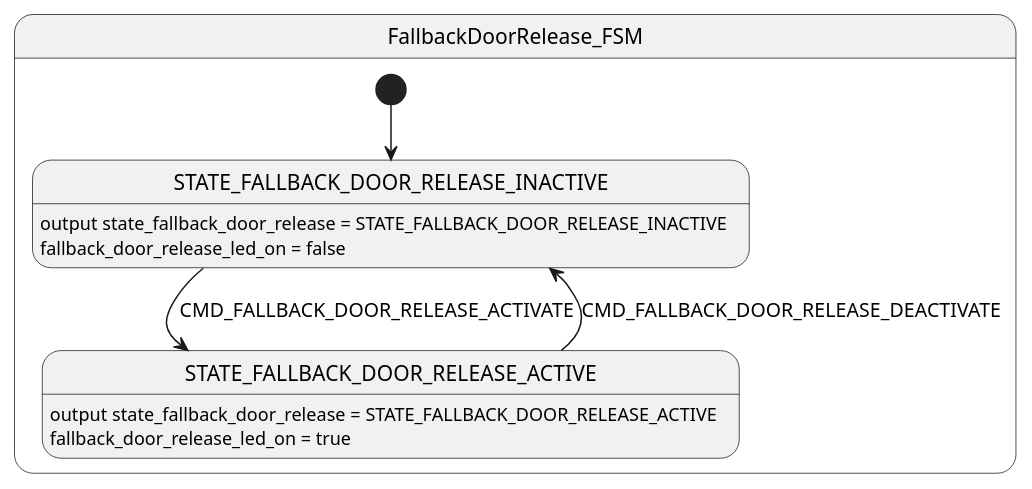
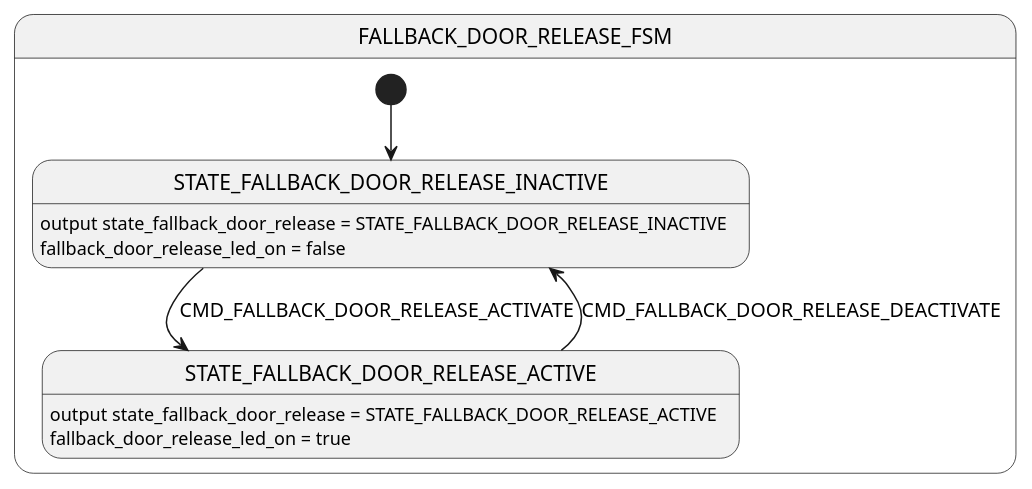
One commit to paetzholdt/CANRepo changed the diagram in docs/state_machines/node-door-controller/fallback_door_release_fsm.puml. Above: the diagram before and after it, drawn with PlantUML. The commit also changed 4 other files, not shown here.

```diff
--- a/docs/state_machines/node-door-controller/fallback_door_release_fsm.puml
+++ b/docs/state_machines/node-door-controller/fallback_door_release_fsm.puml
@@ -1,21 +1,21 @@
 @startuml fallback_door_release_fsm
 
-state FallbackDoorRelease_FSM {
+state FALLBACK_DOOR_RELEASE_FSM {
     [*] --> STATE_FALLBACK_DOOR_RELEASE_INACTIVE
     state STATE_FALLBACK_DOOR_RELEASE_INACTIVE
     state STATE_FALLBACK_DOOR_RELEASE_ACTIVE
 
     STATE_FALLBACK_DOOR_RELEASE_INACTIVE: output state_fallback_door_release = STATE_FALLBACK_DOOR_RELEASE_INACTIVE
     STATE_FALLBACK_DOOR_RELEASE_INACTIVE: fallback_door_release_led_on = false
 
 
     STATE_FALLBACK_DOOR_RELEASE_ACTIVE: output state_fallback_door_release = STATE_FALLBACK_DOOR_RELEASE_ACTIVE
     STATE_FALLBACK_DOOR_RELEASE_ACTIVE: fallback_door_release_led_on = true
 
     STATE_FALLBACK_DOOR_RELEASE_INACTIVE --> STATE_FALLBACK_DOOR_RELEASE_ACTIVE : CMD_FALLBACK_DOOR_RELEASE_ACTIVATE
     STATE_FALLBACK_DOOR_RELEASE_ACTIVE --> STATE_FALLBACK_DOOR_RELEASE_INACTIVE : CMD_FALLBACK_DOOR_RELEASE_DEACTIVATE
 
 }
 
 
 @enduml
```
